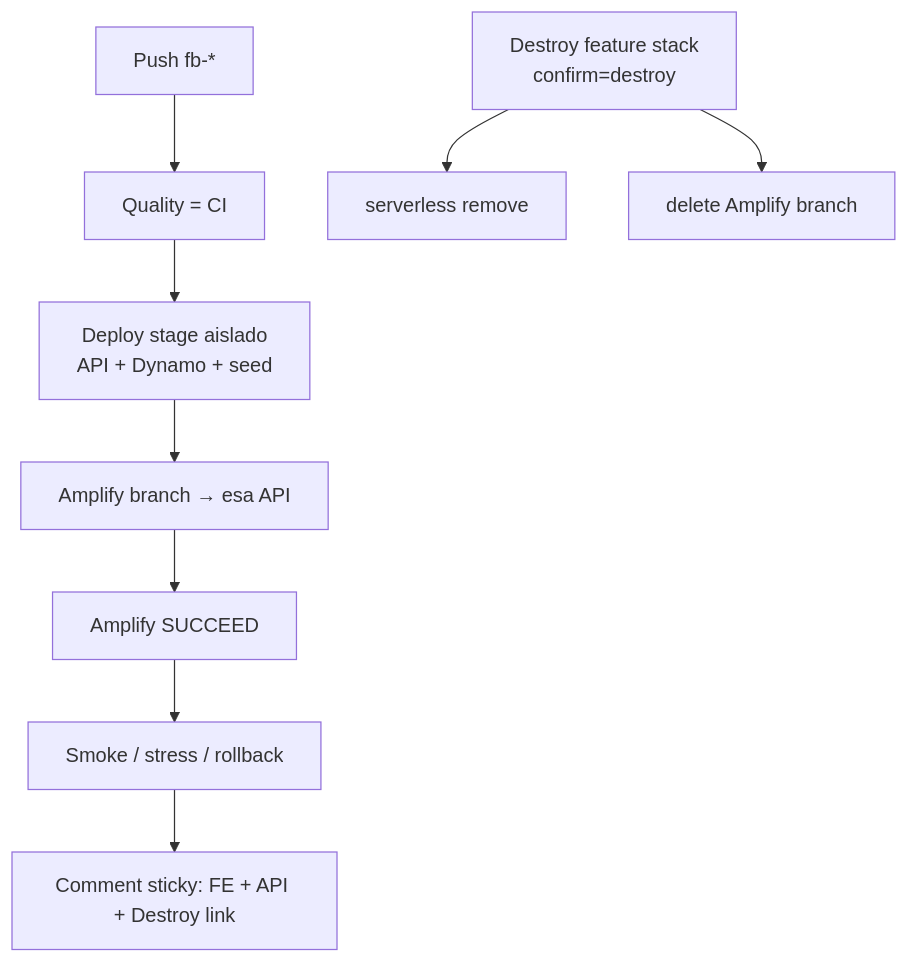
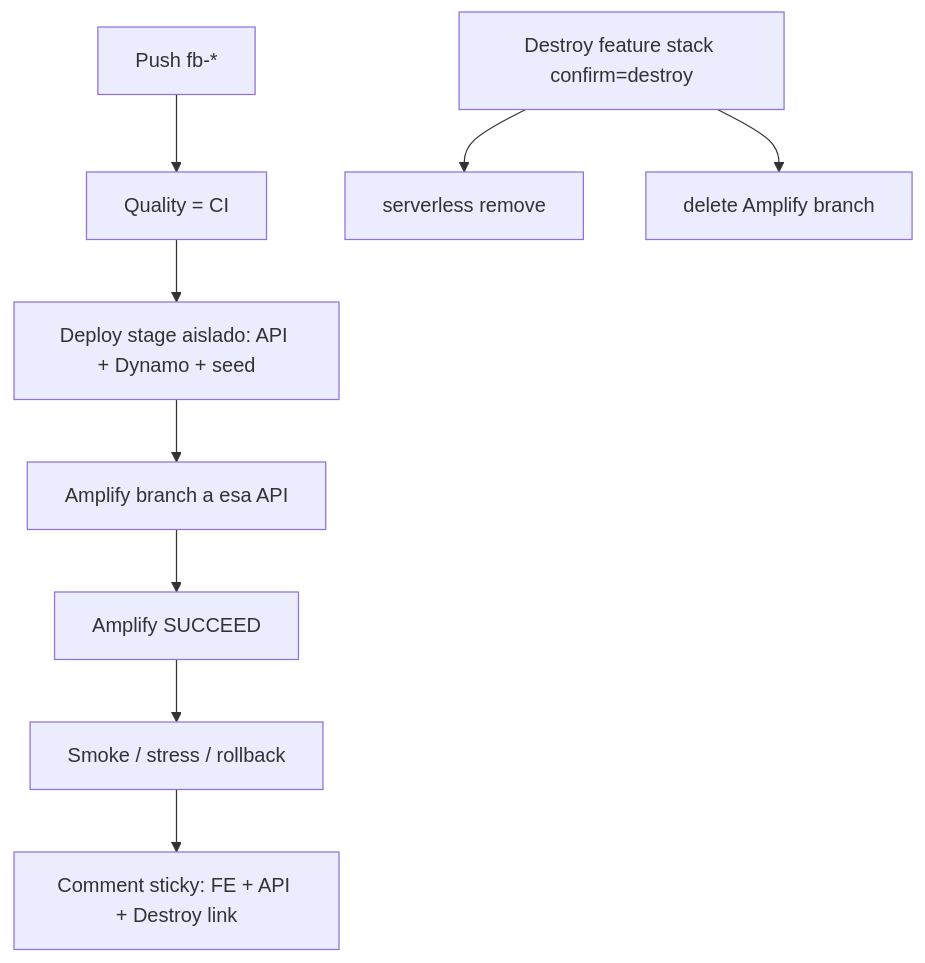
Before and after one commit to DanielMat97/checkout-store-fullstack-test: the fifth of 5 diagrams in README.md, drawn with Mermaid. The commit also changed other lines of this file and 5 other files, not shown here.

````diff
--- a/README.md
+++ b/README.md
@@ -245,12 +246,12 @@
 ```mermaid
 flowchart TD
-  FB[Push fb-*] --> QF[Quality = CI]
-  QF --> DF[Deploy stage aislado<br/>API + Dynamo + seed]
-  DF --> Amp[Amplify branch → esa API]
-  Amp --> Gate[Amplify SUCCEED]
-  Gate --> SmokeF[Smoke / stress / rollback]
-  SmokeF --> Sticky[Comment sticky: FE + API + Destroy link]
+  FB["Push fb-*"] --> QF["Quality = CI"]
+  QF --> DF["Deploy stage aislado: API + Dynamo + seed"]
+  DF --> Amp["Amplify branch a esa API"]
+  Amp --> Gate["Amplify SUCCEED"]
+  Gate --> SmokeF["Smoke / stress / rollback"]
+  SmokeF --> Sticky["Comment sticky: FE + API + Destroy link"]
 
-  Des[Destroy feature stack<br/>confirm=destroy] --> DelSF[serverless remove]
-  Des --> DelAmp[delete Amplify branch]
+  Des["Destroy feature stack confirm=destroy"] --> DelSF["serverless remove"]
+  Des --> DelAmp["delete Amplify branch"]
 ```
````
